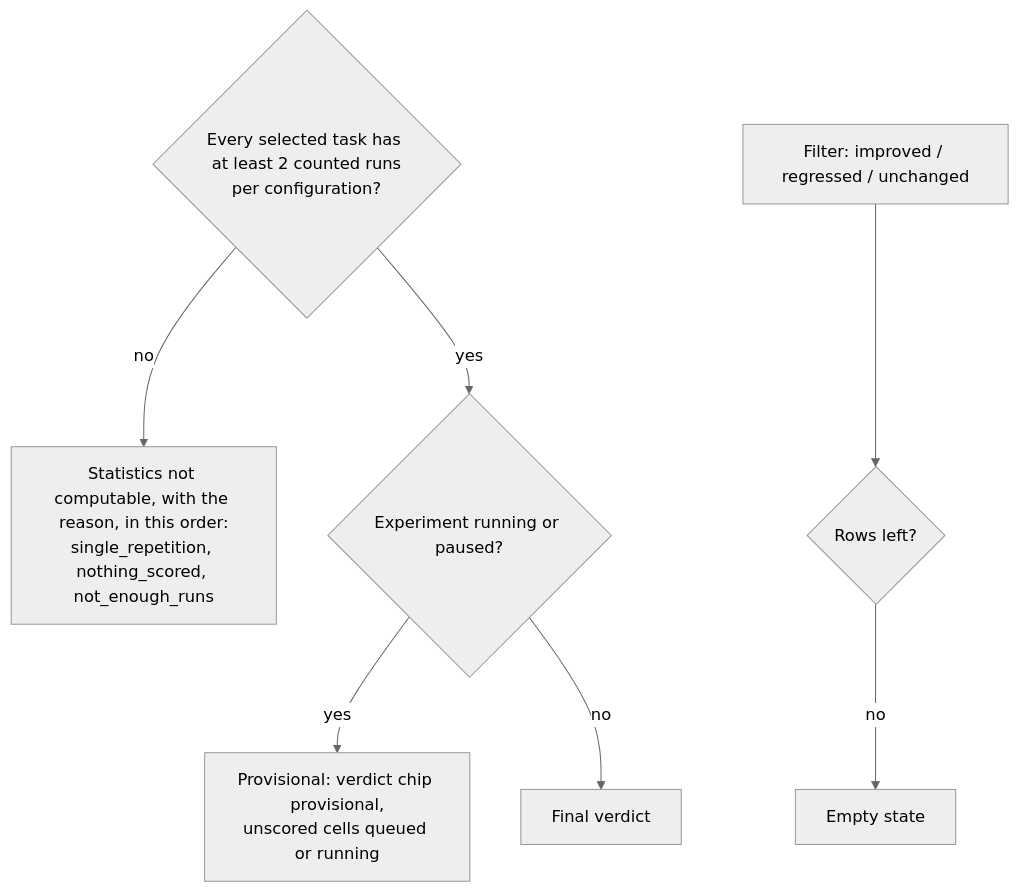
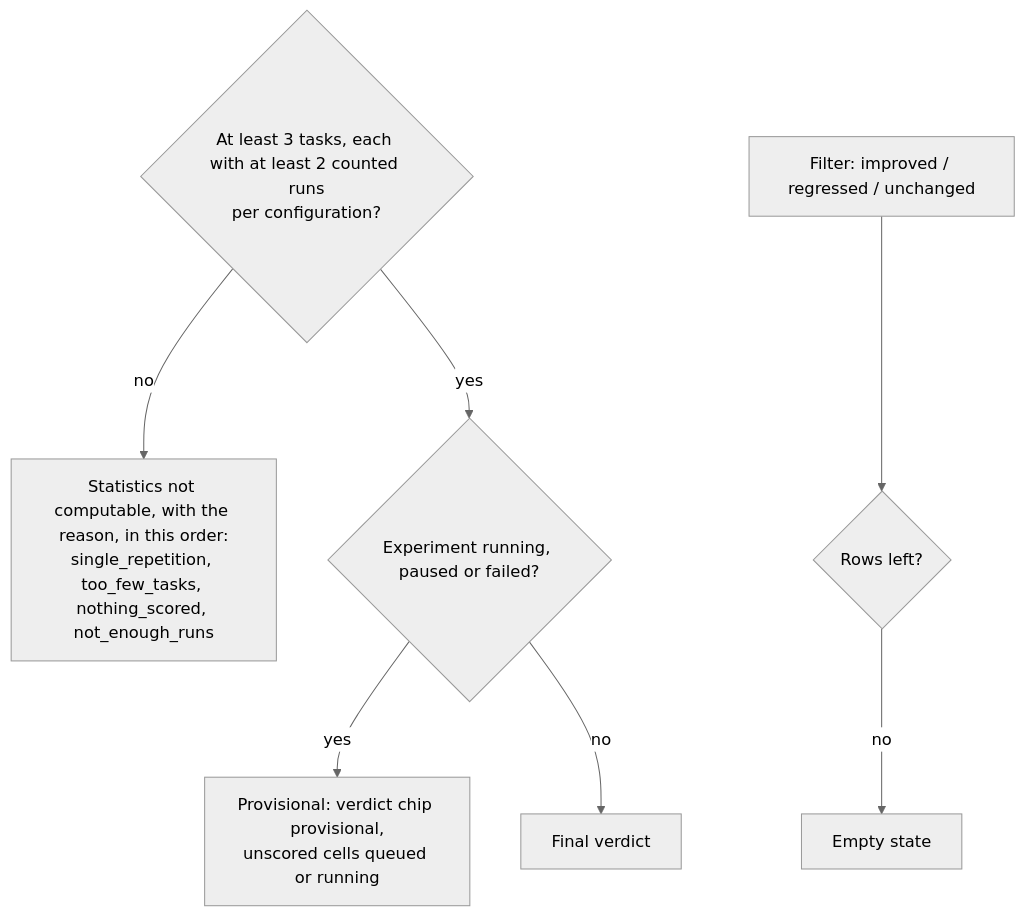
Diagram 36 of 38 in UI_FLOWS.md (sasuke007/hermes-evals), drawn with Mermaid (neutral theme) before and after one commit. The commit also changed other lines of this file and 413 other files, not shown here.

````diff
--- a/UI_FLOWS.md
+++ b/UI_FLOWS.md
@@ -1327,9 +1328,9 @@
 ```mermaid
 flowchart TD
-  G{"Every selected task has at least 2 counted runs<br/>per configuration?"} -- no --> NC["Statistics not computable, with the reason, in this order:<br/>single_repetition, nothing_scored, not_enough_runs"]
-  G -- yes --> RUN{"Experiment running or paused?"}
+  G{"At least 3 tasks, each with at least 2 counted runs<br/>per configuration?"} -- no --> NC["Statistics not computable, with the reason, in this order:<br/>single_repetition, too_few_tasks, nothing_scored, not_enough_runs"]
+  G -- yes --> RUN{"Experiment running, paused or failed?"}
   RUN -- yes --> PV["Provisional: verdict chip provisional,<br/>unscored cells queued or running"]
   RUN -- no --> FIN["Final verdict"]
   F["Filter: improved / regressed / unchanged"] --> E{"Rows left?"}
   E -- no --> EM["Empty state"]
 ```
````
